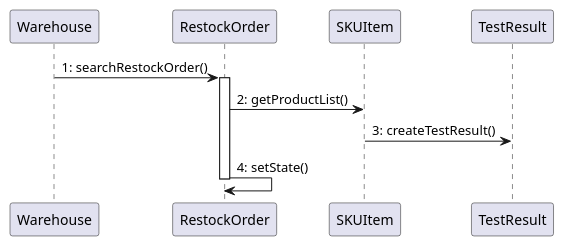
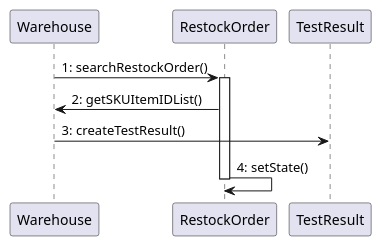
One commit to salvatorecurello/EzWharehouse changed the fourth of 5 diagrams in DesignDocument.md. Above: the diagram before and after it, drawn with PlantUML. The commit also changed other lines of this file and 1 other file, not shown here.

````diff
--- a/DesignDocument.md
+++ b/DesignDocument.md
@@ -351,10 +351,10 @@
 ```plantuml
 @startuml
 Warehouse -> RestockOrder: 1: searchRestockOrder()
 activate RestockOrder
-RestockOrder -> SKUItem: 2: getProductList()
-SKUItem -> TestResult: 3: createTestResult()
+RestockOrder -> Warehouse: 2: getSKUItemIDList()
+Warehouse -> TestResult: 3: createTestResult()
 RestockOrder -> RestockOrder: 4: setState()
 deactivate RestockOrder 
 @enduml
 ```
````
